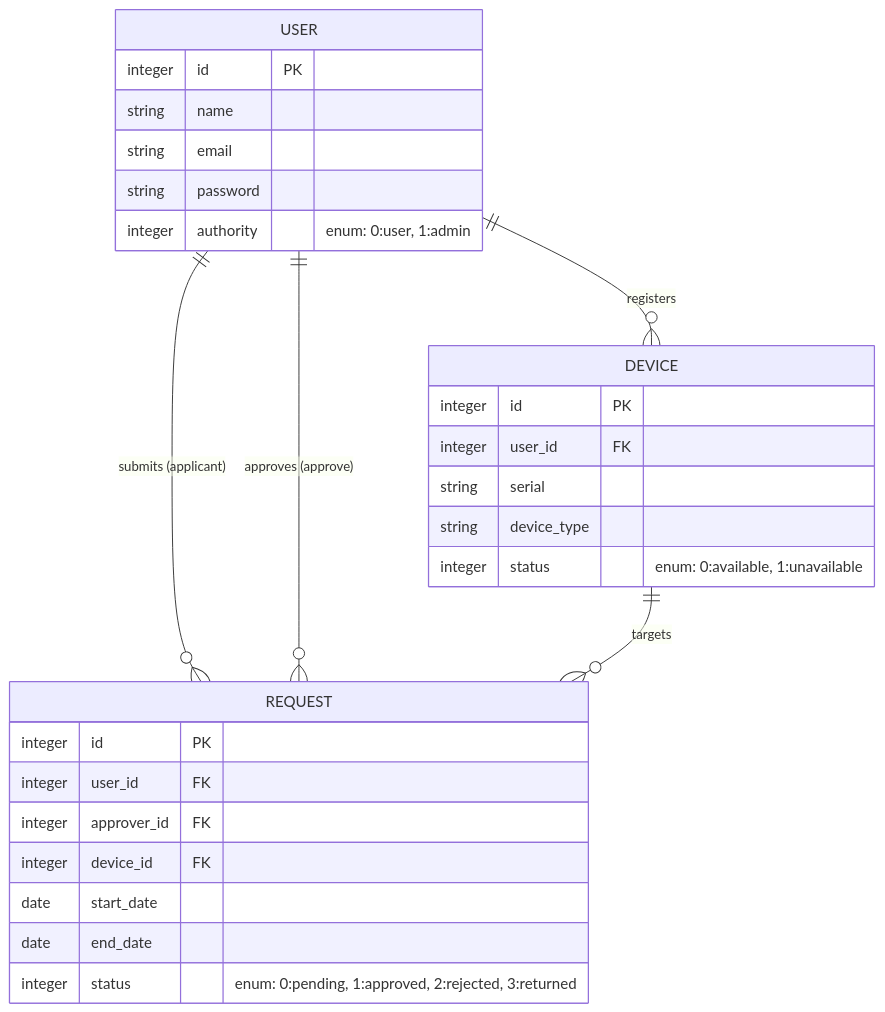
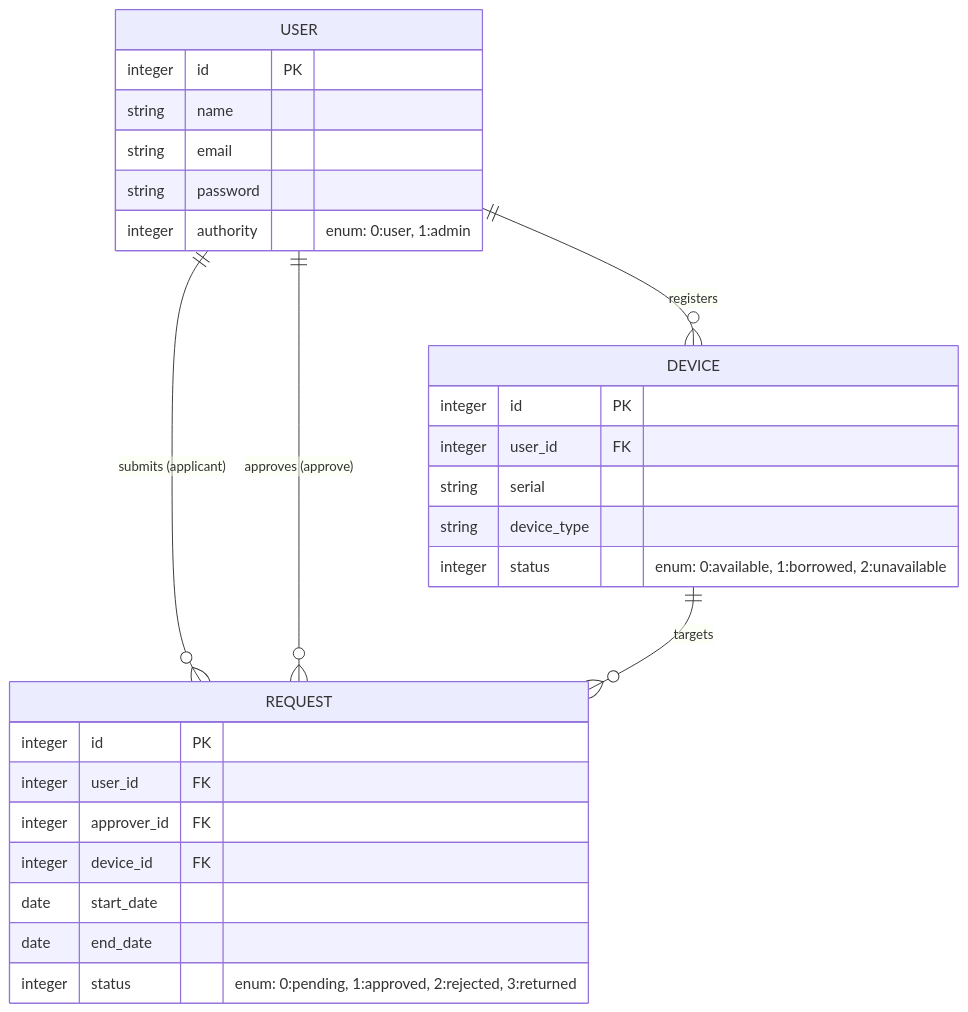
One commit to remo0619/rental_app changed the diagram in README.md. Above: the diagram before and after it, drawn with Mermaid. The commit also changed other lines of this file, not shown here.

````diff
--- a/README.md
+++ b/README.md
@@ -38,33 +39,33 @@
 ```mermaid
 erDiagram
     USER ||--o{ DEVICE : registers
     USER ||--o{ REQUEST : "submits (applicant)"
     USER ||--o{ REQUEST : "approves (approve)"
     DEVICE ||--o{ REQUEST : targets
 
     USER {
         integer id PK
         string name
         string email
         string password
         integer authority "enum: 0:user, 1:admin"
     }
 
     DEVICE {
         integer id PK
         integer user_id FK
         string serial
         string device_type
-        integer status "enum: 0:available, 1:unavailable"
+        integer status "enum: 0:available, 1:borrowed, 2:unavailable"
     }
 
     REQUEST{
         integer id PK
         integer user_id FK
         integer approver_id FK
         integer device_id FK
         date start_date
         date end_date
         integer status "enum: 0:pending, 1:approved, 2:rejected, 3:returned"
     }
 ```
````
